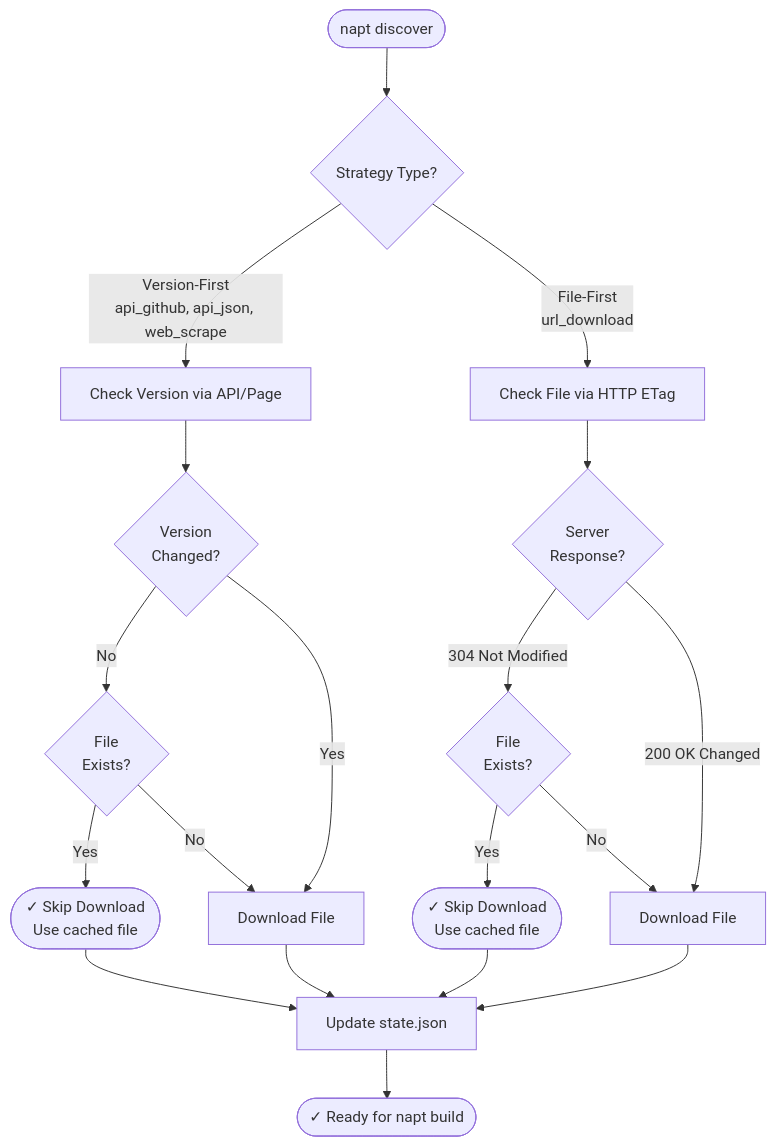
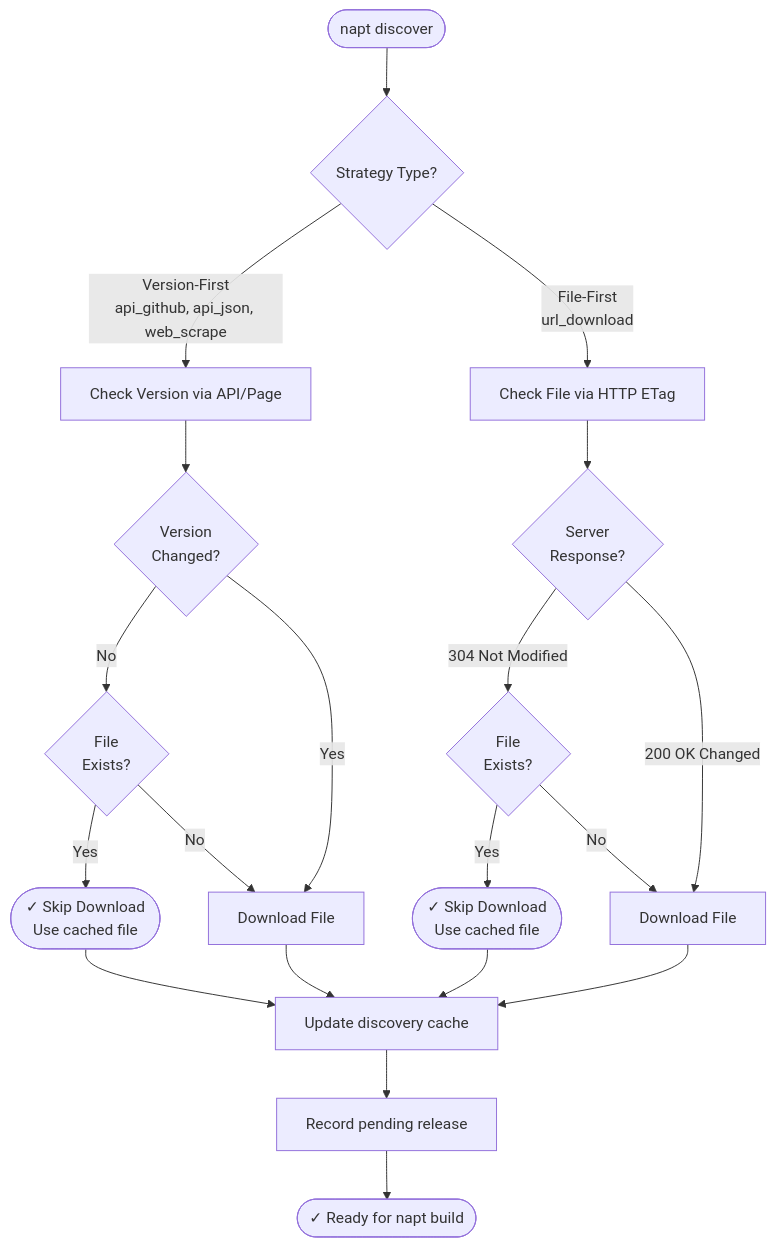
The second of 2 diagrams in docs/user-guide.md (RogerCibrian/notapkgtool), drawn with Mermaid before and after one commit. The commit also changed other lines of this file and 18 other files, not shown here.

````diff
--- a/docs/user-guide.md
+++ b/docs/user-guide.md
@@ -517,27 +532,28 @@
 ```mermaid
 flowchart TD
     Start([napt discover]) --> Strategy{Strategy Type?}
     
     Strategy -->|Version-First<br/>api_github, api_json, web_scrape| CheckVersion[Check Version via API/Page]
     Strategy -->|File-First<br/>url_download| CheckETag[Check File via HTTP ETag]
     
     CheckVersion --> VersionChanged{Version<br/>Changed?}
     VersionChanged -->|No| FileExists1{File<br/>Exists?}
     VersionChanged -->|Yes| Download1[Download File]
     
     CheckETag --> ETagResponse{Server<br/>Response?}
     ETagResponse -->|304 Not Modified| FileExists2{File<br/>Exists?}
     ETagResponse -->|200 OK Changed| Download2[Download File]
     
     FileExists1 -->|Yes| SkipDownload1([✓ Skip Download<br/>Use cached file])
     FileExists1 -->|No| Download1
     
     FileExists2 -->|Yes| SkipDownload2([✓ Skip Download<br/>Use cached file])
     FileExists2 -->|No| Download2
     
-    Download1 --> UpdateState[Update state.json]
-    Download2 --> UpdateState
-    SkipDownload1 --> UpdateState
-    SkipDownload2 --> UpdateState
-    UpdateState --> Ready([✓ Ready for napt build])
+    Download1 --> UpdateCache[Update discovery cache]
+    Download2 --> UpdateCache
+    SkipDownload1 --> UpdateCache
+    SkipDownload2 --> UpdateCache
+    UpdateCache --> Pending[Record pending release]
+    Pending --> Ready([✓ Ready for napt build])
 ```
````
